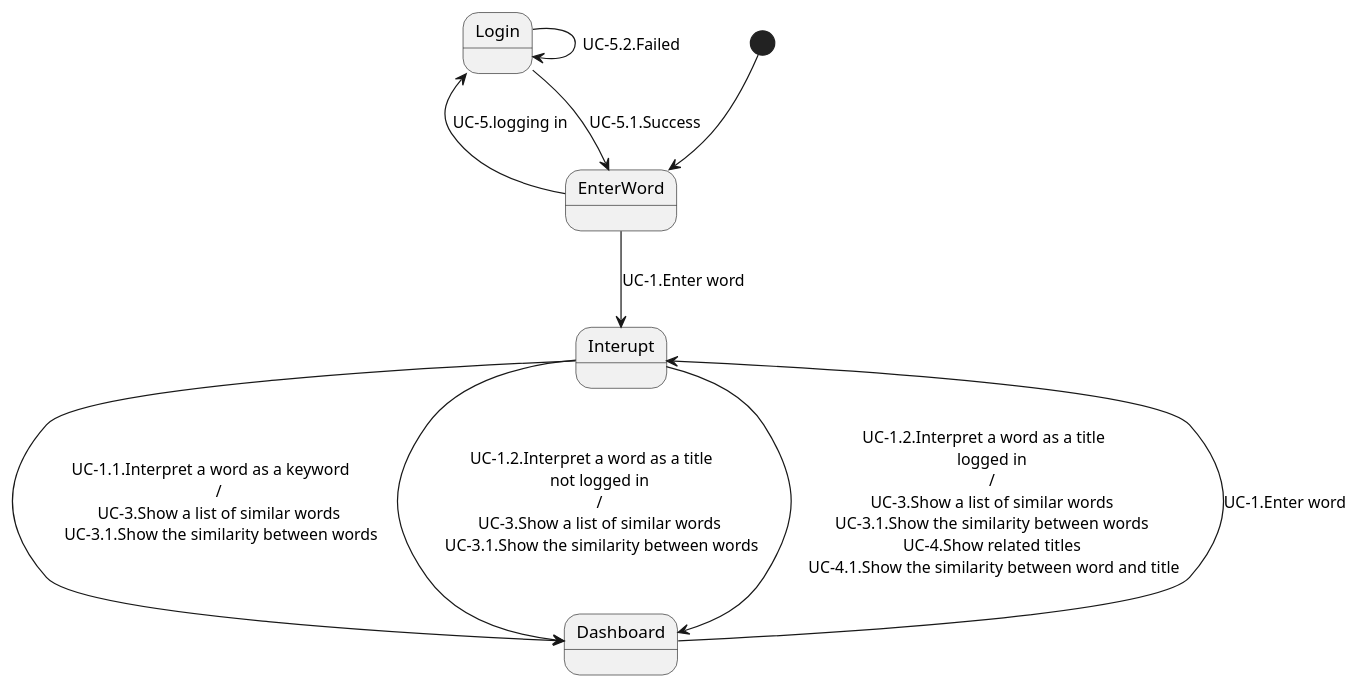
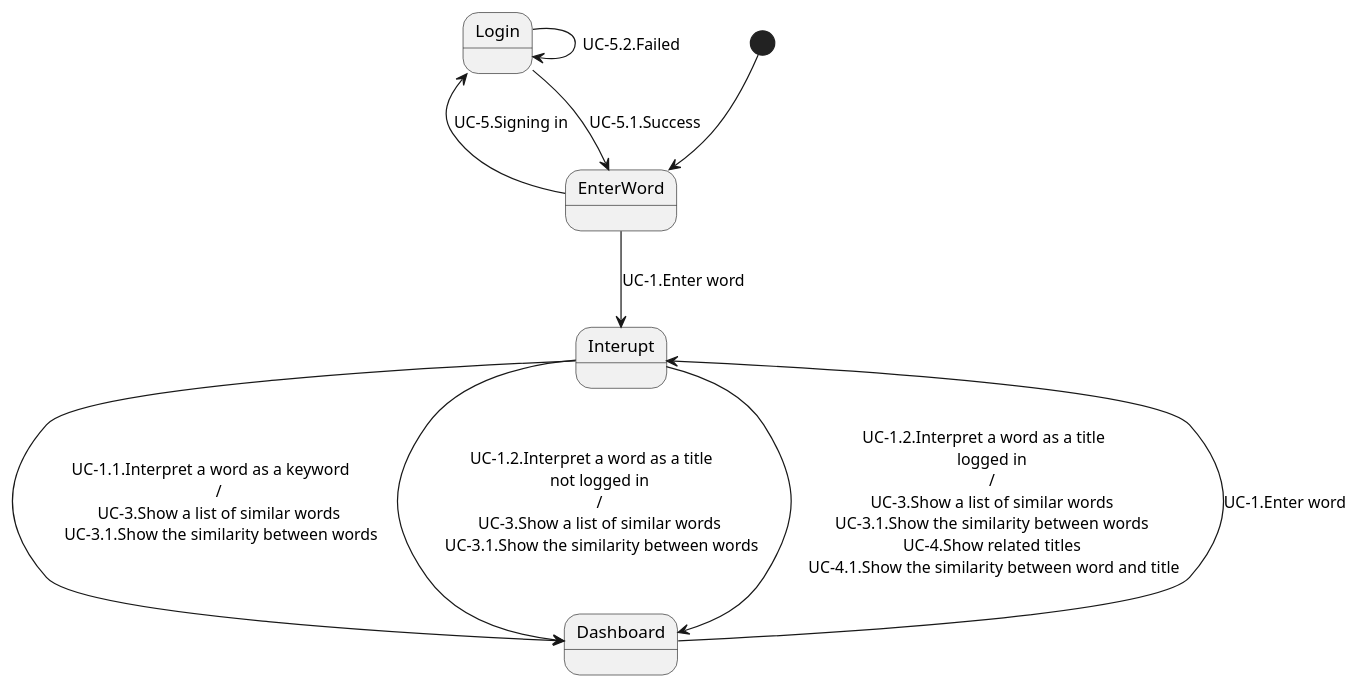
One commit to azarashin/Word2VecSOM changed the diagram in web/doc/state_chart/state.pu. Above: the diagram before and after it, drawn with PlantUML. The commit also changed 3 other files, not shown here.

```diff
--- a/web/doc/state_chart/state.pu
+++ b/web/doc/state_chart/state.pu
@@ -1,37 +1,37 @@
 @startuml
 
 [*] --> EnterWord
 EnterWord --> Interupt : UC-1.Enter word
 
 Interupt --> Dashboard : \
     UC-1.1.Interpret a word as a keyword \n\
     / \n\
     UC-3.Show a list of similar words \n\
     UC-3.1.Show the similarity between words
 
 Interupt --> Dashboard : \
     UC-1.2.Interpret a word as a title \n\
     not logged in \n\
     / \n\
     UC-3.Show a list of similar words \n\
     UC-3.1.Show the similarity between words
 
 Interupt --> Dashboard : \
     UC-1.2.Interpret a word as a title \n\
     logged in \n\
     / \n\
     UC-3.Show a list of similar words \n\
     UC-3.1.Show the similarity between words \n\
     UC-4.Show related titles \n\
     UC-4.1.Show the similarity between word and title
 
 
 
 Dashboard --> Interupt : UC-1.Enter word
 
-EnterWord -up-> Login : UC-5.logging in
+EnterWord -up-> Login : UC-5.Signing in
 Login --> EnterWord : UC-5.1.Success
 Login --> Login : UC-5.2.Failed
 
 
 @enduml
```
